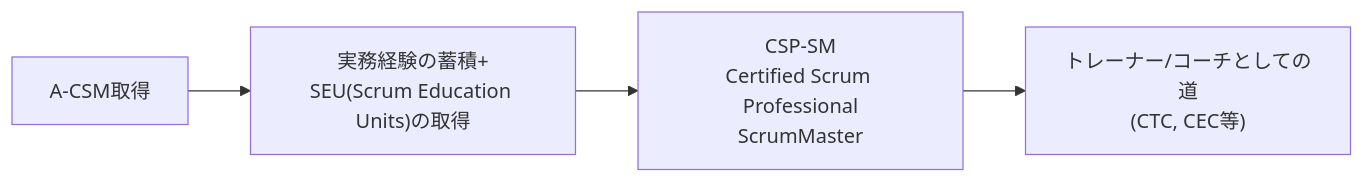
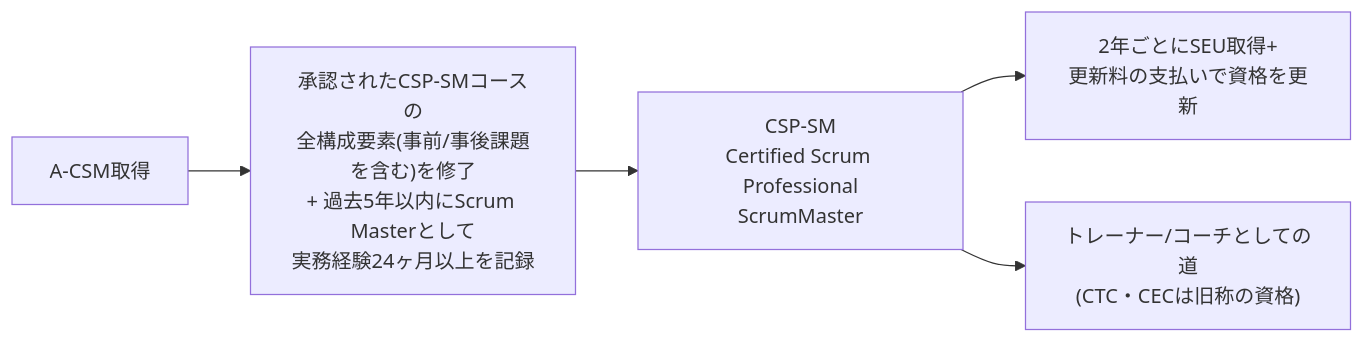
Before and after one commit to myoshi2891/Management-Team-Building-Studies: diagram 23 of 23 in A-csm-advanced-certified-scrummaster-study-guide.md, drawn with Mermaid. The commit also changed other lines of this file, not shown here.

````diff
--- a/A-csm-advanced-certified-scrummaster-study-guide.md
+++ b/A-csm-advanced-certified-scrummaster-study-guide.md
@@ -1046,6 +1047,7 @@
 ```mermaid
 flowchart LR
-    A["A-CSM取得"] --> B["実務経験の蓄積+<br/>SEU(Scrum Education Units)の取得"]
+    A["A-CSM取得"] --> B["承認されたCSP-SMコースの<br/>全構成要素(事前/事後課題を含む)を修了<br/>+ 過去5年以内にScrum Masterとして<br/>実務経験24ヶ月以上を記録"]
     B --> C["CSP-SM<br/>Certified Scrum Professional<br/>ScrumMaster"]
-    C --> D["トレーナー/コーチとしての道<br/>(CTC, CEC等)"]
+    C --> R["2年ごとにSEU取得+<br/>更新料の支払いで資格を更新"]
+    C --> D["トレーナー/コーチとしての道<br/>(CTC・CECは旧称の資格)"]
 ```
````
